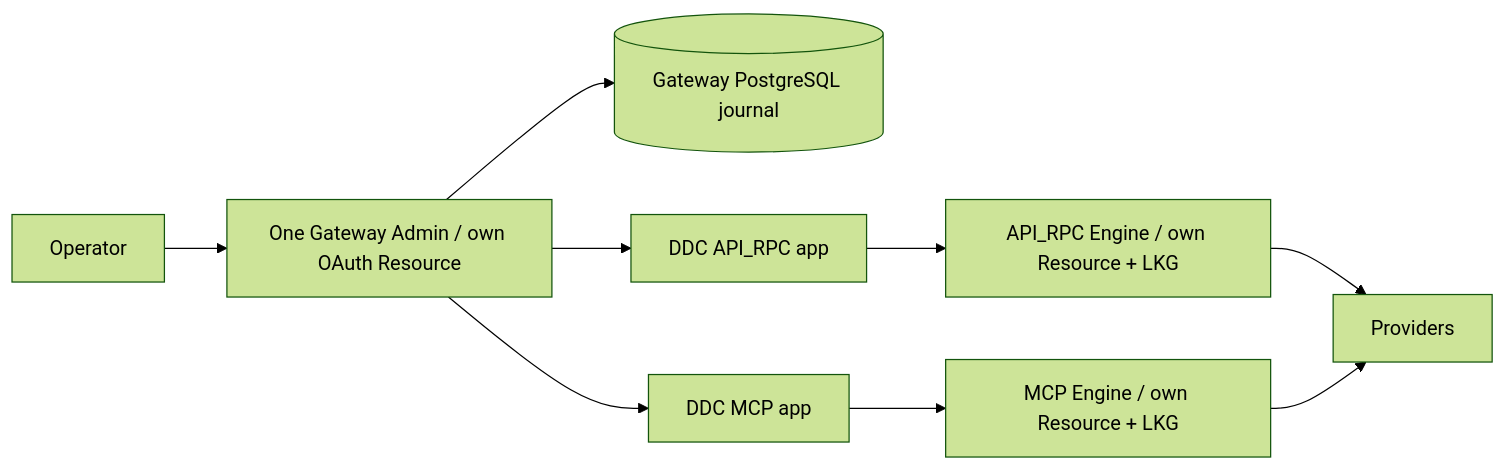
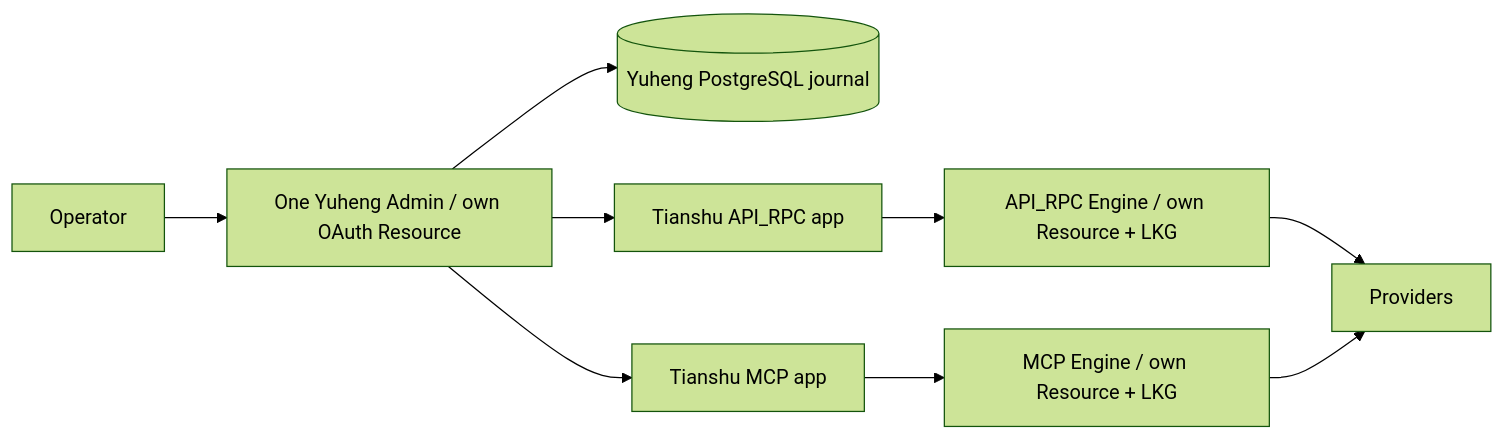
One commit to AllenDEricDAlexander/Egon-COLA changed the first of 4 diagrams in docs/egon/spec/2026-09-05-17-10-gateway-role-target-distribution.md. Above: the diagram before and after it, drawn with Mermaid (forest theme). The commit also changed other lines of this file and 233 other files, not shown here.

````diff
--- a/docs/egon/spec/2026-09-05-17-10-gateway-role-target-distribution.md
+++ b/docs/egon/spec/2026-09-05-17-10-gateway-role-target-distribution.md
@@ -208,11 +208,11 @@
 ```mermaid
 flowchart LR
-    U["Operator"] --> A["One Gateway Admin / own OAuth Resource"]
-    A --> J[("Gateway PostgreSQL journal")]
-    A --> D1["DDC API_RPC app"]
-    A --> D2["DDC MCP app"]
+    U["Operator"] --> A["One Yuheng Admin / own OAuth Resource"]
+    A --> J[("Yuheng PostgreSQL journal")]
+    A --> D1["Tianshu API_RPC app"]
+    A --> D2["Tianshu MCP app"]
     D1 --> E1["API_RPC Engine / own Resource + LKG"]
     D2 --> E2["MCP Engine / own Resource + LKG"]
     E1 --> P["Providers"]
     E2 --> P
 ```
````
